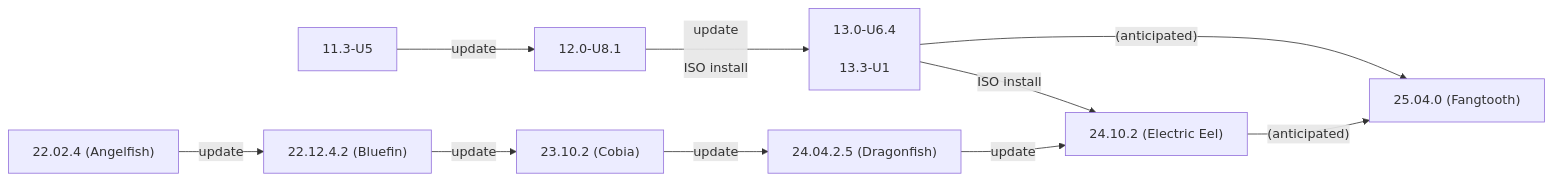
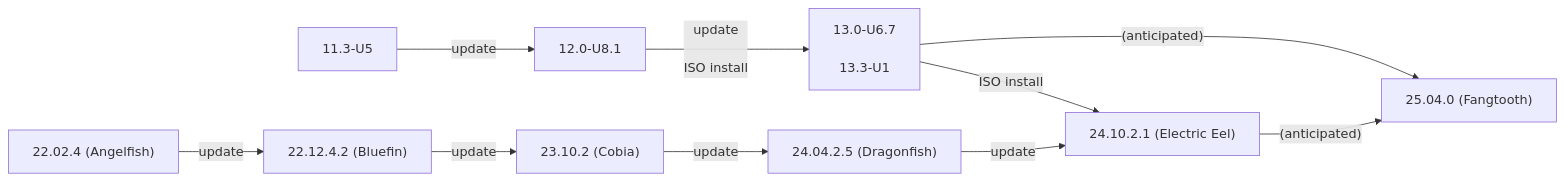
One commit to truenas/documentation changed the first of 2 diagrams in static/includes/SCALEUpgradePaths.md. Above: the diagram before and after it, drawn with Mermaid. The commit also changed other lines of this file, not shown here.

```diff
--- a/static/includes/SCALEUpgradePaths.md
+++ b/static/includes/SCALEUpgradePaths.md
@@ -67,13 +67,13 @@
           {{< mermaid class="mermaid_sizing" >}}
           flowchart LR
             A["11.3-U5"] -->|update| B["12.0-U8.1"]
-            B -->|"update<br><br>ISO install"| C["13.0-U6.4<br><br>13.3-U1"]
+            B -->|"update<br><br>ISO install"| C["13.0-U6.7<br><br>13.3-U1"]
             C -->|ISO install| H
             C -->|"(anticipated)"| I
             D["22.02.4 (Angelfish)"] -->|update| E
             E["22.12.4.2 (Bluefin)"] -->|update| F
             F["23.10.2 (Cobia)"] -->|update| G
             G["24.04.2.5 (Dragonfish)"] -->|update| H
-            H["24.10.2 (Electric Eel)"] -->|"(anticipated)"| I
+            H["24.10.2.1 (Electric Eel)"] -->|"(anticipated)"| I
             I["25.04.0 (Fangtooth)"]
           {{< /mermaid >}}
```
